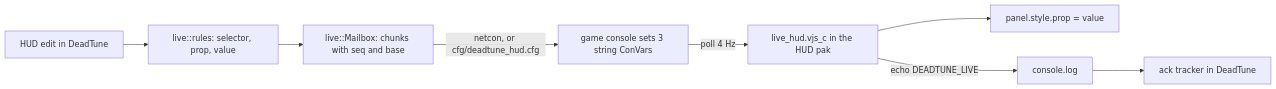
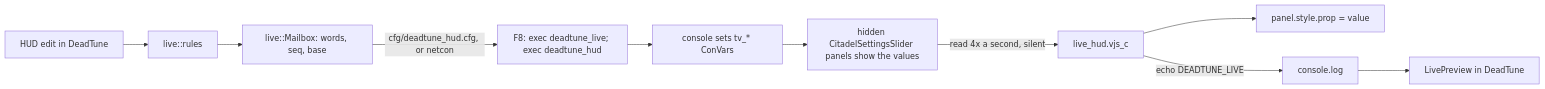
The diagram in docs/plans/live-hud/plan.md (simulieren/deadtune), drawn with Mermaid before and after one commit. The commit also changed other lines of this file and 19 other files, not shown here.

````diff
--- a/docs/plans/live-hud/plan.md
+++ b/docs/plans/live-hud/plan.md
@@ -16,8 +34,10 @@
 ```mermaid
 flowchart LR
-  E[HUD edit in DeadTune] --> R[live::rules: selector, prop, value] --> M[live::Mailbox: chunks with seq and base]
-  M -->|netcon, or cfg/deadtune_hud.cfg| C[game console sets 3 string ConVars]
-  C -->|poll 4 Hz| S[live_hud.vjs_c in the HUD pak]
-  S --> P[panel.style.prop = value]
-  S -->|echo DEADTUNE_LIVE| L[console.log] --> T[ack tracker in DeadTune]
+  E[HUD edit in DeadTune] --> R[live::rules] --> M[live::Mailbox: words, seq, base]
+  M -->|cfg/deadtune_hud.cfg, or netcon| K[F8: exec deadtune_live; exec deadtune_hud]
+  K --> C[console sets tv_* ConVars]
+  C --> S[hidden CitadelSettingsSlider panels show the values]
+  S -->|read 4x a second, silent| J[live_hud.vjs_c]
+  J --> P[panel.style.prop = value]
+  J -->|echo DEADTUNE_LIVE| L[console.log] --> T[LivePreview in DeadTune]
 ```
````
